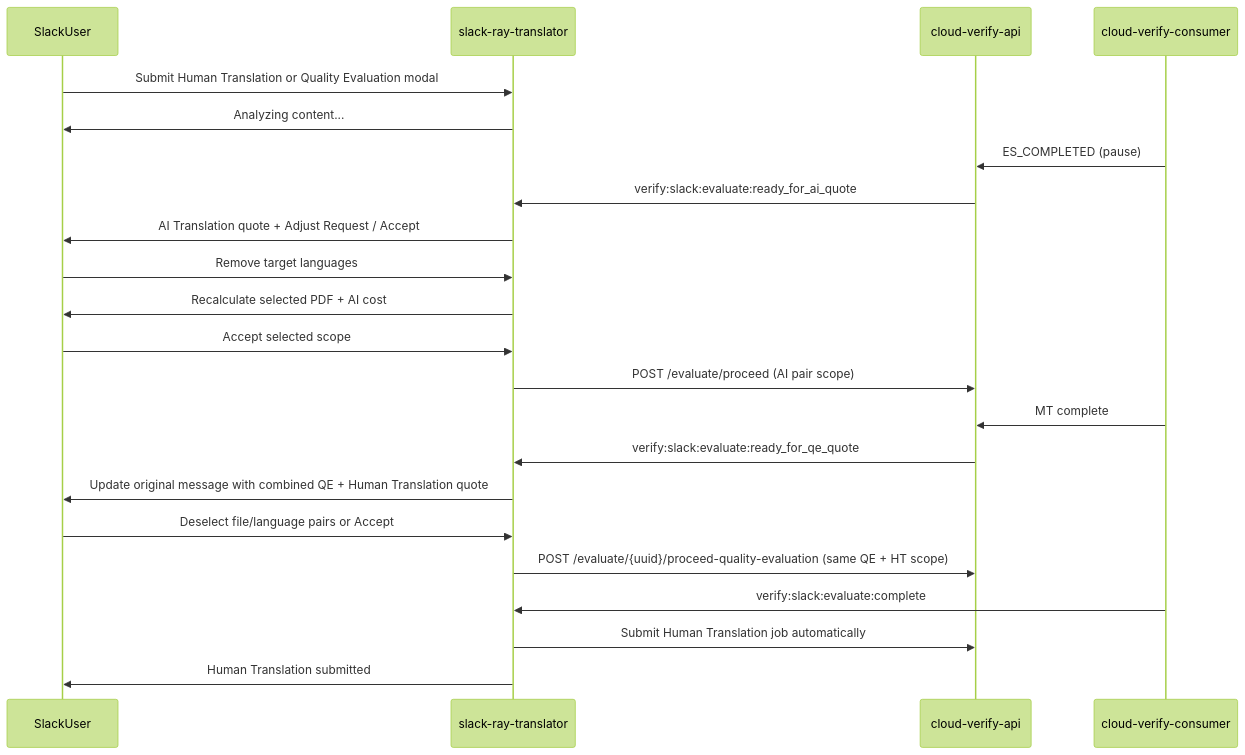
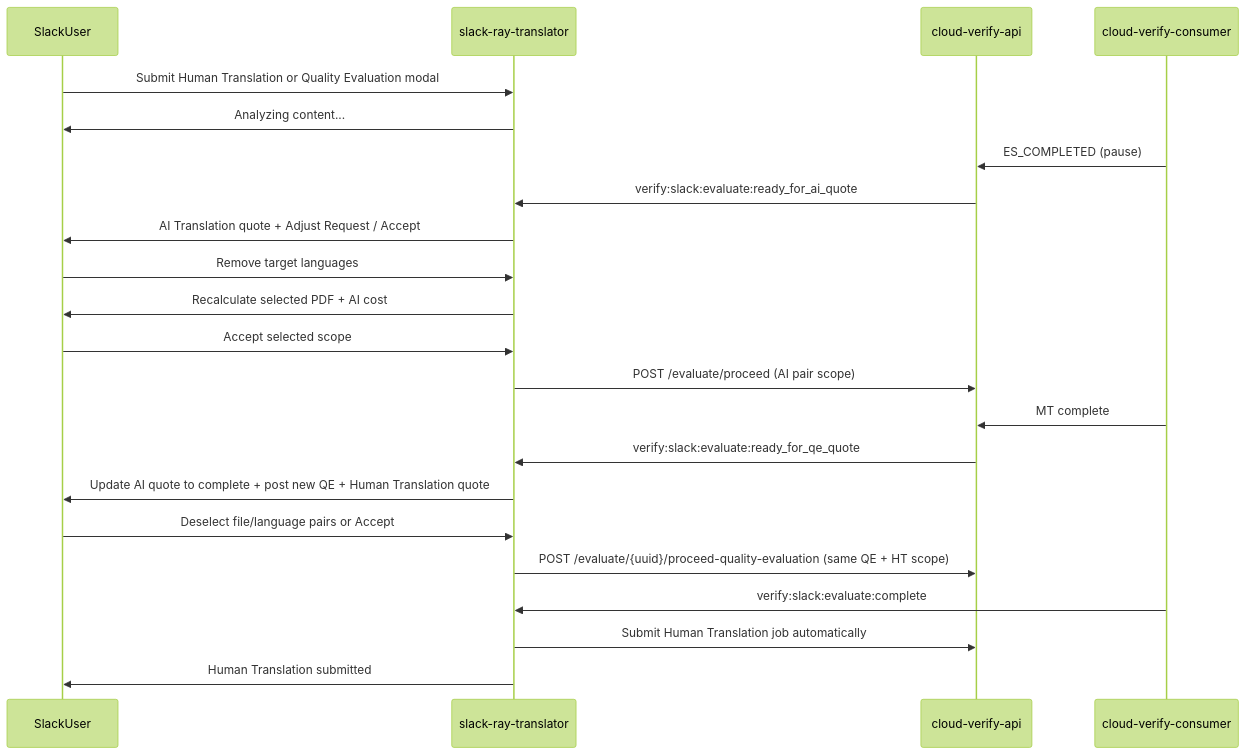
Before and after one commit to strakergroup/Nake-Agentic-Slack: the diagram in docs/evaluate-quote-confirmation.md, drawn with Mermaid (forest theme). The commit also changed other lines of this file and 14 other files, not shown here.

````diff
--- a/docs/evaluate-quote-confirmation.md
+++ b/docs/evaluate-quote-confirmation.md
@@ -16,25 +16,25 @@
 ```mermaid
 sequenceDiagram
     participant User as SlackUser
     participant SRT as slack-ray-translator
     participant CVA as cloud-verify-api
     participant CVC as cloud-verify-consumer
 
     User->>SRT: Submit Human Translation or Quality Evaluation modal
     SRT->>User: Analyzing content...
     CVC->>CVA: ES_COMPLETED (pause)
     CVA->>SRT: verify:slack:evaluate:ready_for_ai_quote
     SRT->>User: AI Translation quote + Adjust Request / Accept
     User->>SRT: Remove target languages
     SRT->>User: Recalculate selected PDF + AI cost
     User->>SRT: Accept selected scope
     SRT->>CVA: POST /evaluate/proceed (AI pair scope)
     CVC->>CVA: MT complete
     CVA->>SRT: verify:slack:evaluate:ready_for_qe_quote
-    SRT->>User: Update original message with combined QE + Human Translation quote
+    SRT->>User: Update AI quote to complete + post new QE + Human Translation quote
     User->>SRT: Deselect file/language pairs or Accept
     SRT->>CVA: POST /evaluate/{uuid}/proceed-quality-evaluation (same QE + HT scope)
     CVC->>SRT: verify:slack:evaluate:complete
     SRT->>CVA: Submit Human Translation job automatically
     SRT->>User: Human Translation submitted
 ```
````
